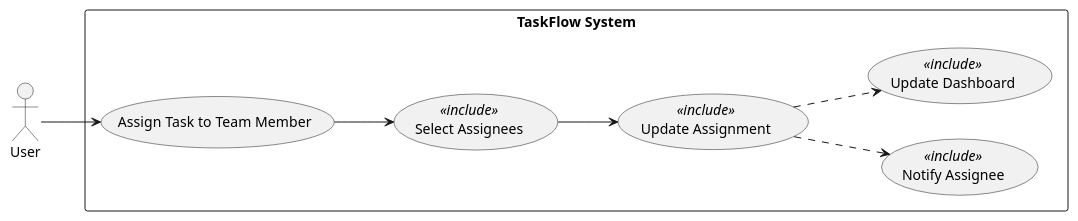
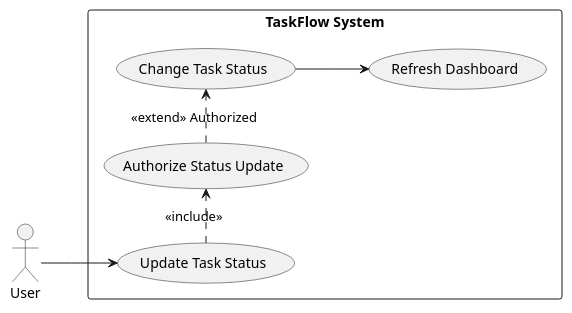
The fifth of 8 diagrams in artifacts/spec/spec.md (Chaman532003/framework), drawn with PlantUML before and after one commit. The commit also changed other lines of this file, not shown here.

````diff
--- a/artifacts/spec/spec.md
+++ b/artifacts/spec/spec.md
@@ -373,23 +460,20 @@
 ```plantuml
 @startuml
 left to right direction
 skinparam packageStyle rectangle
 
 actor User
 
 rectangle "TaskFlow System" {
-  usecase (Assign Task to Team Member) as UC4_1
-  usecase (Select Assignees) as UC4_2 <<include>>
-  usecase (Update Assignment) as UC4_3 <<include>>
-  usecase (Notify Assignee) as UC4_4 <<include>>
-  usecase (Update Dashboard) as UC4_5 <<include>>
+  usecase (Update Task Status) as UC6
+  usecase (Authorize Status Update) as UC6a
+  usecase (Change Task Status) as UC6b
+  usecase (Refresh Dashboard) as UC6c
 }
 
-User --> UC4_1
-UC4_1 --> UC4_2
-UC4_2 --> UC4_3
-UC4_3 ..> UC4_4
-UC4_3 ..> UC4_5
-
+User --> UC6
+UC6 .> UC6a : <<include>>
+UC6a .> UC6b : <<extend>> Authorized
+UC6b --> UC6c
 @enduml
 ```
````
